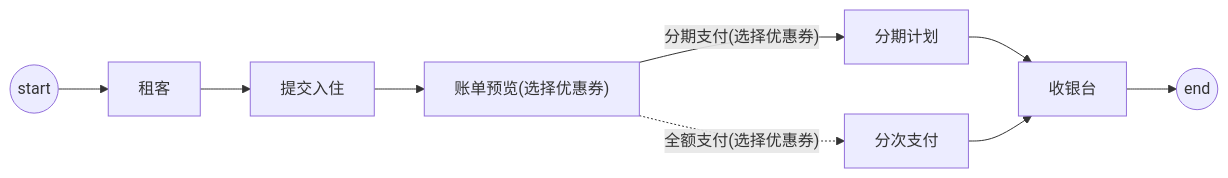
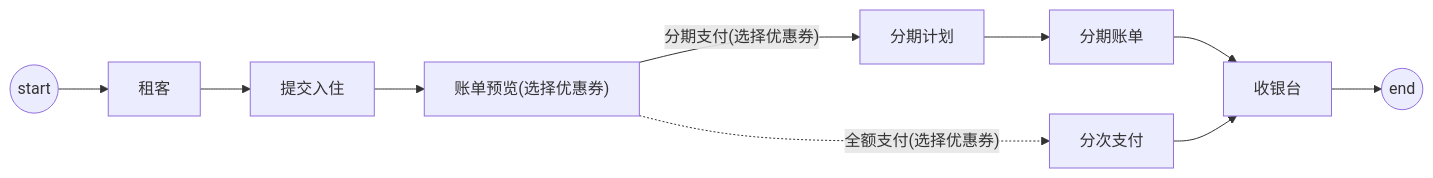
Before and after one commit to kxshu/lefull-commission: the second of 2 diagrams in instalment.md, drawn with Mermaid. The commit also changed other lines of this file and 1 other file, not shown here.

````diff
--- a/instalment.md
+++ b/instalment.md
@@ -18,14 +18,15 @@
 ```mermaid
 
 graph LR;
 s0((start))-->租客
 租客 -->A["提交入住"]
 A --> B["账单预览(选择优惠券)"]
 B --"分期支付(选择优惠券)"-->C1["分期计划"]
-C1 -->D1["收银台"]
-D1--> E0(("end"))
+C1 -->D1["分期账单"]
+D1-->E1["收银台"]
+E1-->F0(("end"))
 
 B -."全额支付(选择优惠券)".->C2["分次支付"]
-C2-->D1
+C2-->E1
 
 ```
````
